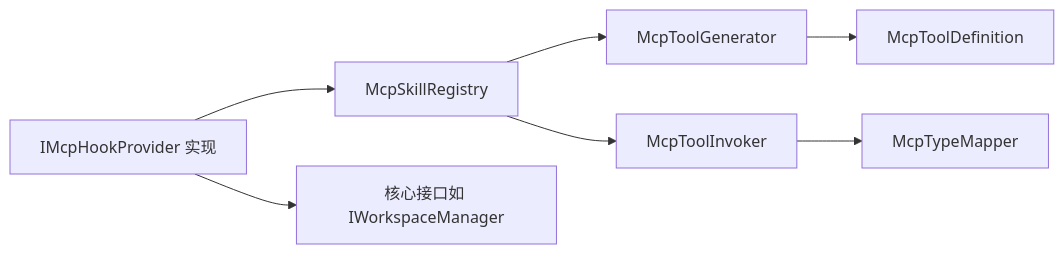
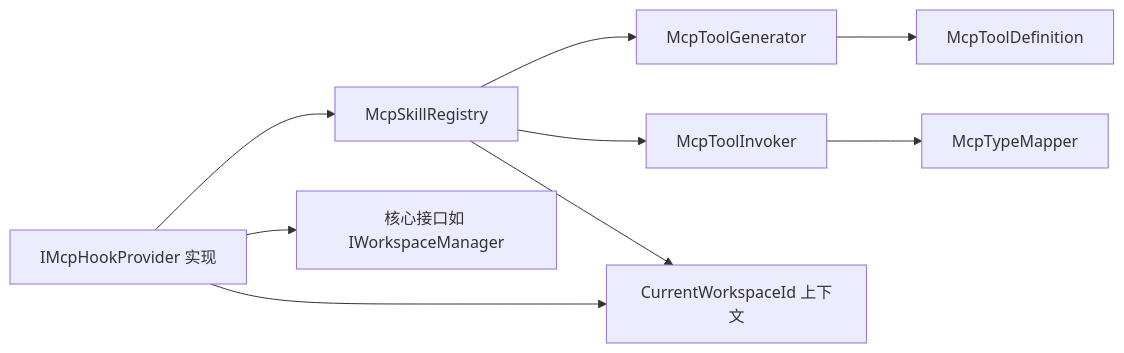
The seventh of 7 diagrams in .qoder/repowiki/zh/content/基础设施实现/MCP提供者.md (suzvka/NPCLife), drawn with Mermaid before and after one commit. The commit also changed other lines of this file and 25 other files, not shown here.

````diff
--- a/.qoder/repowiki/zh/content/基础设施实现/MCP提供者.md
+++ b/.qoder/repowiki/zh/content/基础设施实现/MCP提供者.md
@@ -346,9 +385,11 @@
 ```mermaid
 graph LR
 Prov["IMcpHookProvider 实现"] --> Reg["McpSkillRegistry"]
 Reg --> Gen["McpToolGenerator"]
 Reg --> Inv["McpToolInvoker"]
 Gen --> Def["McpToolDefinition"]
 Inv --> Map["McpTypeMapper"]
 Prov --> Core["核心接口如 IWorkspaceManager"]
+Reg --> Ctx["CurrentWorkspaceId 上下文"]
+Prov --> Ctx
 ```
````
